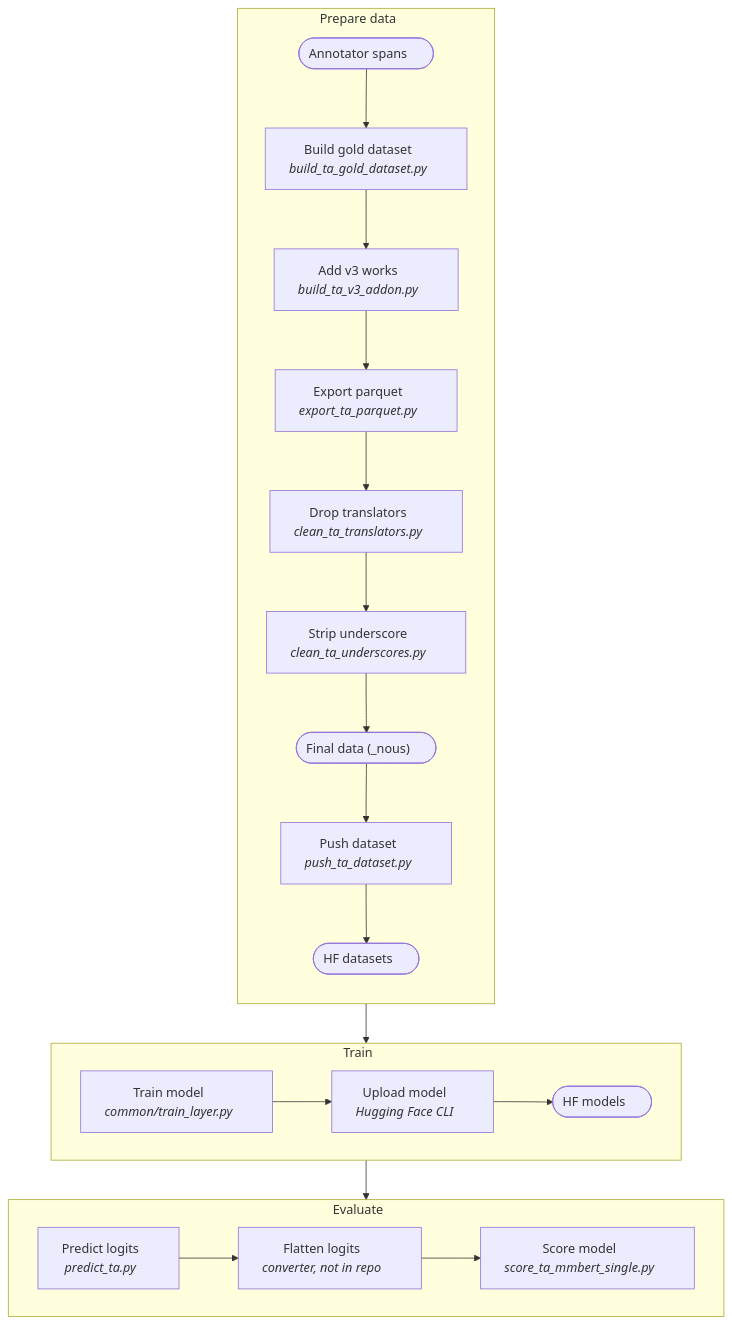
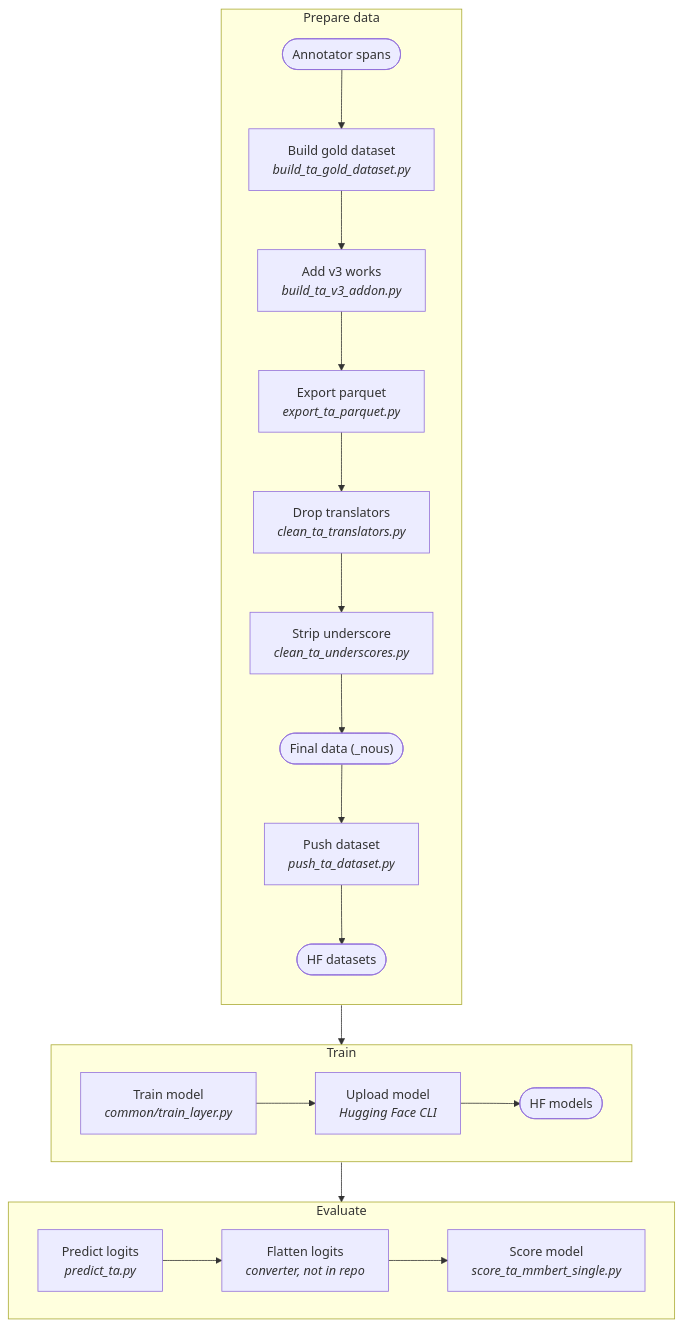
One commit to tenzinyonten/tibetan-layer-detection changed the first of 2 diagrams in title_author/README.md. Above: the diagram before and after it, drawn with Mermaid. The commit also changed other lines of this file and 8 other files, not shown here.

Commit message:
Flowcharts: draw labels as SVG text instead of HTML, drop padding

````diff
--- a/title_author/README.md
+++ b/title_author/README.md
@@ -33,26 +33,27 @@
 ```mermaid
+%%{init: {"flowchart": {"htmlLabels": false}}}%%
 flowchart TD
-  subgraph PREP["Prepare data&nbsp;&nbsp;&nbsp;&nbsp;&nbsp;"]
+  subgraph PREP["Prepare data"]
     direction TB
-    F1(["Annotator spans&nbsp;&nbsp;&nbsp;&nbsp;&nbsp;"]) --> S1["Build gold dataset&nbsp;&nbsp;&nbsp;&nbsp;&nbsp;<br/><i>build_ta_gold_dataset.py&nbsp;&nbsp;&nbsp;&nbsp;&nbsp;</i>"]
-    S1 --> S2["Add v3 works&nbsp;&nbsp;&nbsp;&nbsp;&nbsp;<br/><i>build_ta_v3_addon.py&nbsp;&nbsp;&nbsp;&nbsp;&nbsp;</i>"]
-    S2 --> S3["Export parquet&nbsp;&nbsp;&nbsp;&nbsp;&nbsp;<br/><i>export_ta_parquet.py&nbsp;&nbsp;&nbsp;&nbsp;&nbsp;</i>"]
-    S3 --> S4["Drop translators&nbsp;&nbsp;&nbsp;&nbsp;&nbsp;<br/><i>clean_ta_translators.py&nbsp;&nbsp;&nbsp;&nbsp;&nbsp;</i>"]
-    S4 --> S5["Strip underscore&nbsp;&nbsp;&nbsp;&nbsp;&nbsp;<br/><i>clean_ta_underscores.py&nbsp;&nbsp;&nbsp;&nbsp;&nbsp;</i>"]
-    S5 --> F2(["Final data (_nous)&nbsp;&nbsp;&nbsp;&nbsp;&nbsp;"])
-    F2 --> S6["Push dataset&nbsp;&nbsp;&nbsp;&nbsp;&nbsp;<br/><i>push_ta_dataset.py&nbsp;&nbsp;&nbsp;&nbsp;&nbsp;</i>"]
-    S6 --> F3(["HF datasets&nbsp;&nbsp;&nbsp;&nbsp;&nbsp;"])
+    F1(["Annotator spans"]) --> S1["Build gold dataset<br/><i>build_ta_gold_dataset.py</i>"]
+    S1 --> S2["Add v3 works<br/><i>build_ta_v3_addon.py</i>"]
+    S2 --> S3["Export parquet<br/><i>export_ta_parquet.py</i>"]
+    S3 --> S4["Drop translators<br/><i>clean_ta_translators.py</i>"]
+    S4 --> S5["Strip underscore<br/><i>clean_ta_underscores.py</i>"]
+    S5 --> F2(["Final data (_nous)"])
+    F2 --> S6["Push dataset<br/><i>push_ta_dataset.py</i>"]
+    S6 --> F3(["HF datasets"])
   end
-  subgraph TRAIN["Train&nbsp;&nbsp;&nbsp;&nbsp;&nbsp;"]
+  subgraph TRAIN["Train"]
     direction LR
-    T1["Train model&nbsp;&nbsp;&nbsp;&nbsp;&nbsp;<br/><i>common/train_layer.py&nbsp;&nbsp;&nbsp;&nbsp;&nbsp;</i>"] --> T2["Upload model&nbsp;&nbsp;&nbsp;&nbsp;&nbsp;<br/><i>Hugging Face CLI&nbsp;&nbsp;&nbsp;&nbsp;&nbsp;</i>"]
-    T2 --> F4(["HF models&nbsp;&nbsp;&nbsp;&nbsp;&nbsp;"])
+    T1["Train model<br/><i>common/train_layer.py</i>"] --> T2["Upload model<br/><i>Hugging Face CLI</i>"]
+    T2 --> F4(["HF models"])
   end
-  subgraph EVAL["Evaluate&nbsp;&nbsp;&nbsp;&nbsp;&nbsp;"]
+  subgraph EVAL["Evaluate"]
     direction LR
-    E1["Predict logits&nbsp;&nbsp;&nbsp;&nbsp;&nbsp;<br/><i>predict_ta.py&nbsp;&nbsp;&nbsp;&nbsp;&nbsp;</i>"] --> E2["Flatten logits&nbsp;&nbsp;&nbsp;&nbsp;&nbsp;<br/><i>converter, not in repo&nbsp;&nbsp;&nbsp;&nbsp;&nbsp;</i>"]
-    E2 --> E3["Score model&nbsp;&nbsp;&nbsp;&nbsp;&nbsp;<br/><i>score_ta_mmbert_single.py&nbsp;&nbsp;&nbsp;&nbsp;&nbsp;</i>"]
+    E1["Predict logits<br/><i>predict_ta.py</i>"] --> E2["Flatten logits<br/><i>converter, not in repo</i>"]
+    E2 --> E3["Score model<br/><i>score_ta_mmbert_single.py</i>"]
   end
   PREP --> TRAIN
   TRAIN --> EVAL
 ```
````
